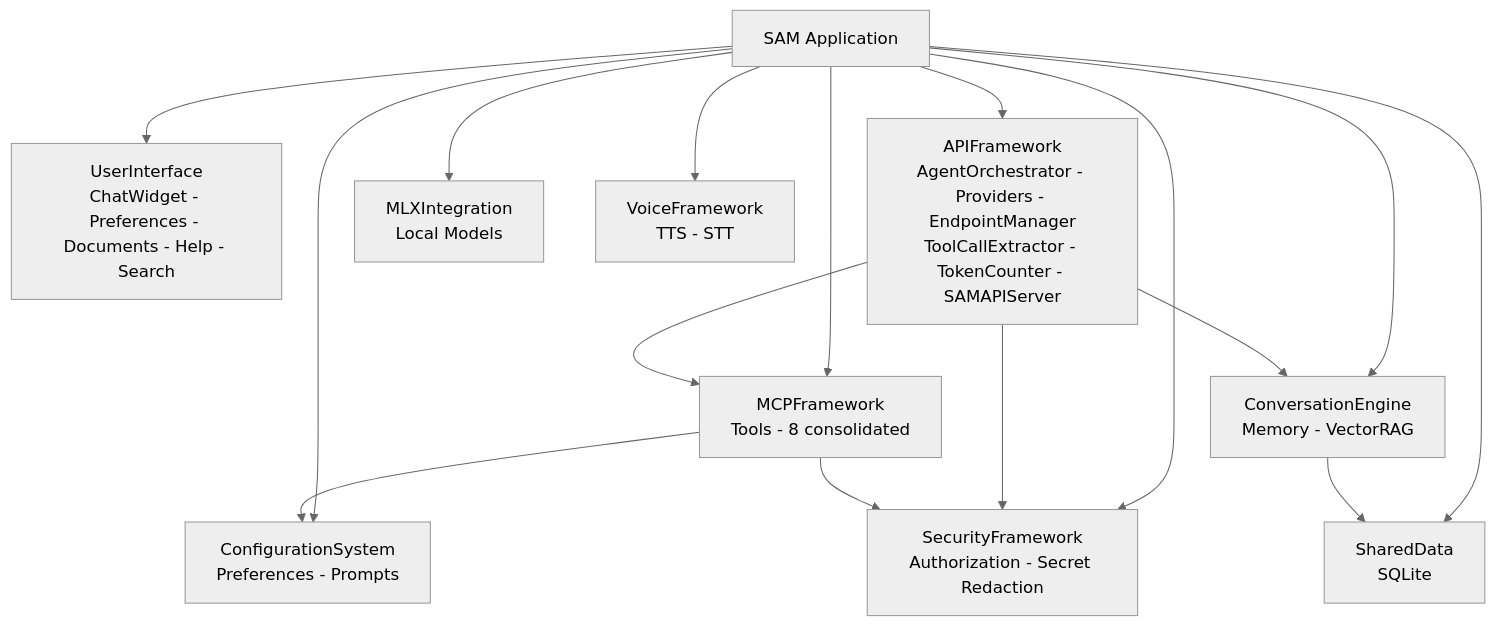
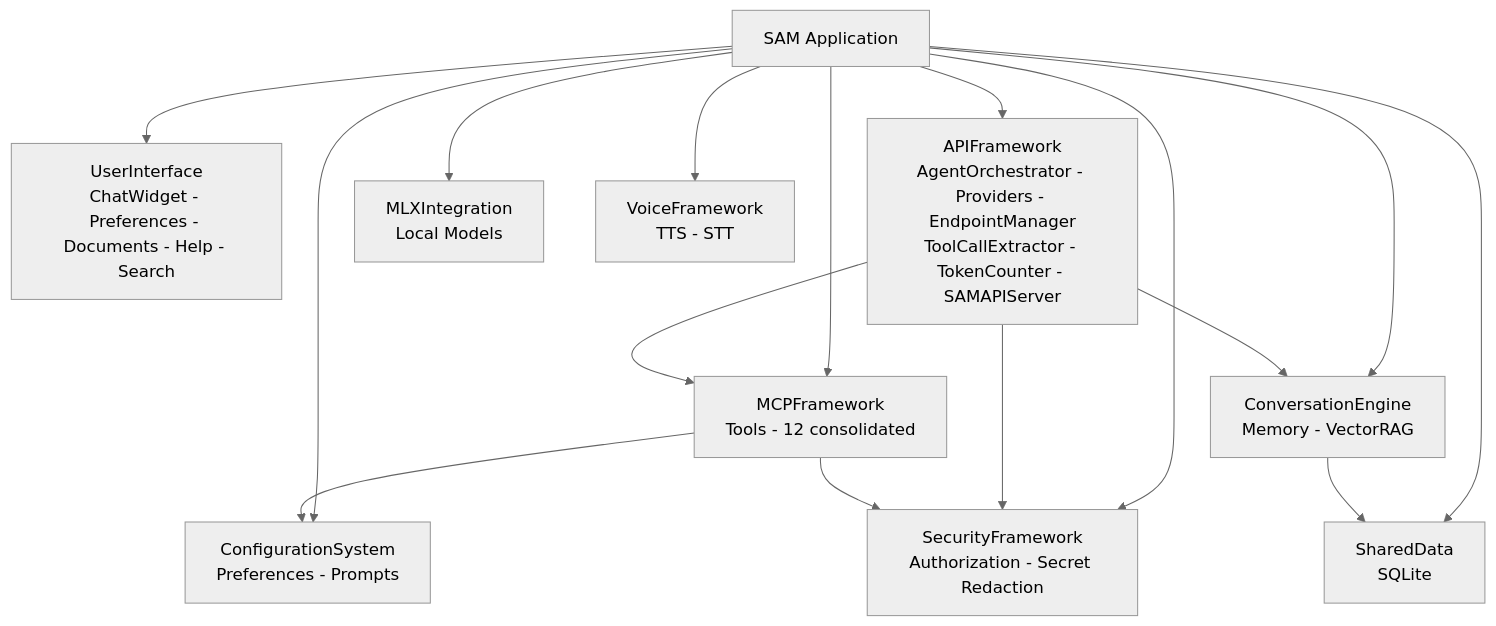
Before and after one commit to SyntheticAutonomicMind/SAM: the first of 3 diagrams in docs/ARCHITECTURE.md, drawn with Mermaid (neutral theme). The commit also changed other lines of this file and 6 other files, not shown here.

````diff
--- a/docs/ARCHITECTURE.md
+++ b/docs/ARCHITECTURE.md
@@ -17,30 +17,30 @@
 ```mermaid
 graph TB
     UI["UserInterface<br/>ChatWidget - Preferences - Documents - Help - Search"]
     API["APIFramework<br/>AgentOrchestrator - Providers - EndpointManager<br/>ToolCallExtractor - TokenCounter - SAMAPIServer"]
-    MCP["MCPFramework<br/>Tools - 8 consolidated"]
+    MCP["MCPFramework<br/>Tools - 12 consolidated"]
     CONV["ConversationEngine<br/>Memory - VectorRAG"]
     CONFIG["ConfigurationSystem<br/>Preferences - Prompts"]
     MLX["MLXIntegration<br/>Local Models"]
     VOICE["VoiceFramework<br/>TTS - STT"]
     SHARED["SharedData<br/>SQLite"]
     SECURITY["SecurityFramework<br/>Authorization - Secret Redaction"]
     MAIN["SAM Application"]
     
     MAIN --> UI
     MAIN --> API
     MAIN --> MCP
     MAIN --> CONV
     MAIN --> CONFIG
     MAIN --> MLX
     MAIN --> VOICE
     MAIN --> SHARED
     MAIN --> SECURITY
     
     API --> MCP
     API --> CONV
     API --> SECURITY
     MCP --> SECURITY
     CONV --> SHARED
     MCP --> CONFIG
 ```
````
